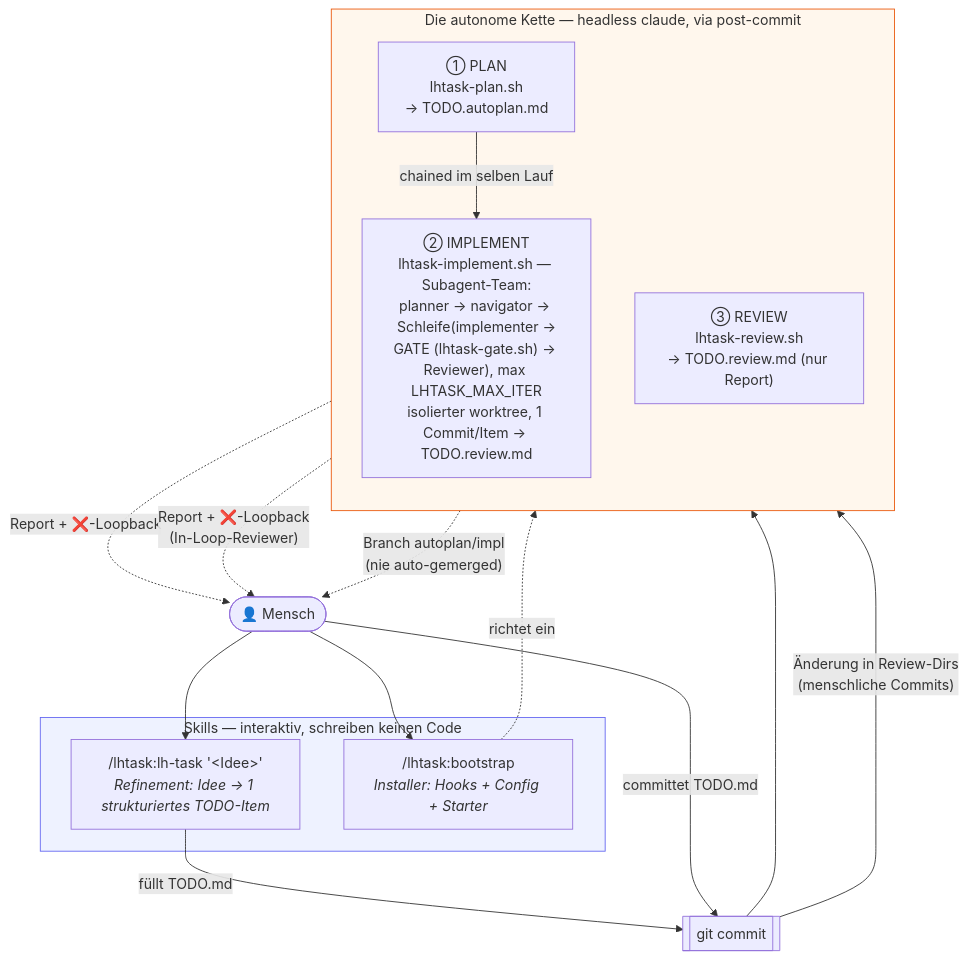
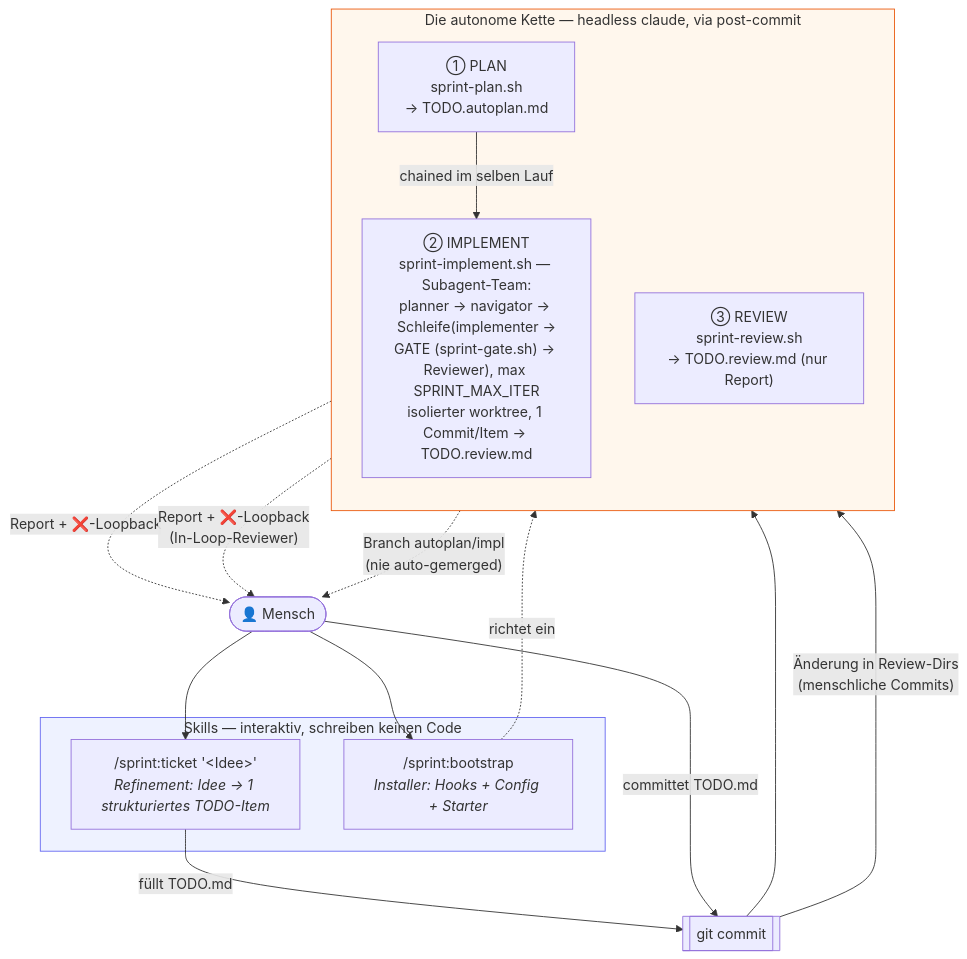
Before and after one commit to leonhoffmann86/team-sprint: the second of 12 diagrams in ARCHITECTURE.md, drawn with Mermaid. The commit also changed other lines of this file and 30 other files, not shown here.

First line of the commit message:
rename: LHTask → Sprint (v1.0.0)

````diff
--- a/ARCHITECTURE.md
+++ b/ARCHITECTURE.md
@@ -92,34 +92,34 @@
 ```mermaid
 flowchart TB
     HUMAN(["👤 Mensch"])
 
     subgraph SKILLS["Skills — interaktiv, schreiben keinen Code"]
-        LHTASK["/lhtask:lh-task '&lt;Idee&gt;'<br/><i>Refinement: Idee → 1 strukturiertes TODO-Item</i>"]
-        BOOT["/lhtask:bootstrap<br/><i>Installer: Hooks + Config + Starter</i>"]
+        SPRINT["/sprint:ticket '&lt;Idee&gt;'<br/><i>Refinement: Idee → 1 strukturiertes TODO-Item</i>"]
+        BOOT["/sprint:bootstrap<br/><i>Installer: Hooks + Config + Starter</i>"]
     end
 
     COMMIT[["git commit"]]
 
     subgraph CHAIN["Die autonome Kette — headless claude, via post-commit"]
         direction TB
-        PLAN["① PLAN<br/>lhtask-plan.sh<br/>→ TODO.autoplan.md"]
-        IMPL["② IMPLEMENT<br/>lhtask-implement.sh — Subagent-Team:<br/>planner → navigator → Schleife(implementer →<br/>GATE (lhtask-gate.sh) → Reviewer), max LHTASK_MAX_ITER<br/>isolierter worktree, 1 Commit/Item → TODO.review.md"]
-        REV["③ REVIEW<br/>lhtask-review.sh<br/>→ TODO.review.md (nur Report)"]
+        PLAN["① PLAN<br/>sprint-plan.sh<br/>→ TODO.autoplan.md"]
+        IMPL["② IMPLEMENT<br/>sprint-implement.sh — Subagent-Team:<br/>planner → navigator → Schleife(implementer →<br/>GATE (sprint-gate.sh) → Reviewer), max SPRINT_MAX_ITER<br/>isolierter worktree, 1 Commit/Item → TODO.review.md"]
+        REV["③ REVIEW<br/>sprint-review.sh<br/>→ TODO.review.md (nur Report)"]
     end
 
-    HUMAN --> LHTASK
+    HUMAN --> SPRINT
     HUMAN --> BOOT
     BOOT -. "richtet ein" .-> CHAIN
-    LHTASK -- "füllt TODO.md" --> COMMIT
+    SPRINT -- "füllt TODO.md" --> COMMIT
     HUMAN -- "committet TODO.md" --> COMMIT
     COMMIT --> PLAN
     PLAN -- "chained im selben Lauf" --> IMPL
     COMMIT -- "Änderung in Review-Dirs<br/>(menschliche Commits)" --> REV
 
     REV -. "Report + ❌-Loopback" .-> HUMAN
     IMPL -. "Report + ❌-Loopback<br/>(In-Loop-Reviewer)" .-> HUMAN
     IMPL -. "Branch autoplan/impl<br/>(nie auto-gemerged)" .-> HUMAN
 
     style SKILLS fill:#eef2ff,stroke:#6366f1
     style CHAIN fill:#fff7ed,stroke:#ea580c
 ```
````
